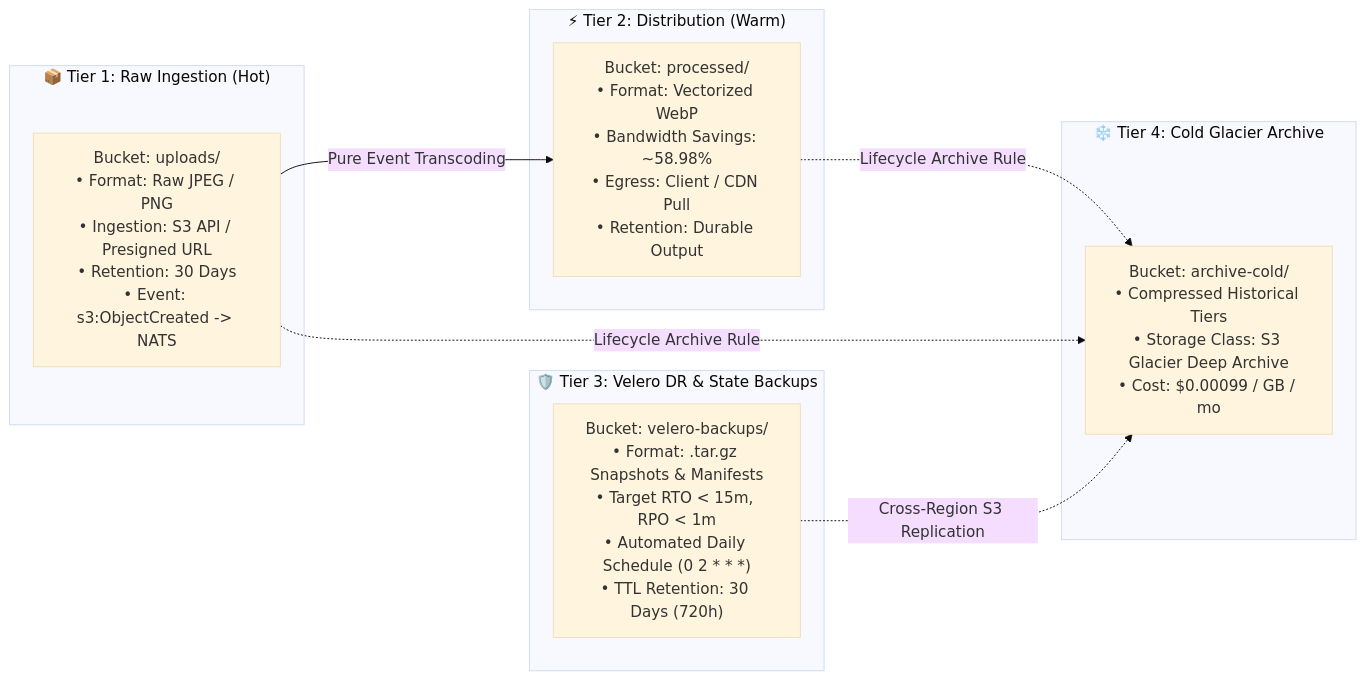
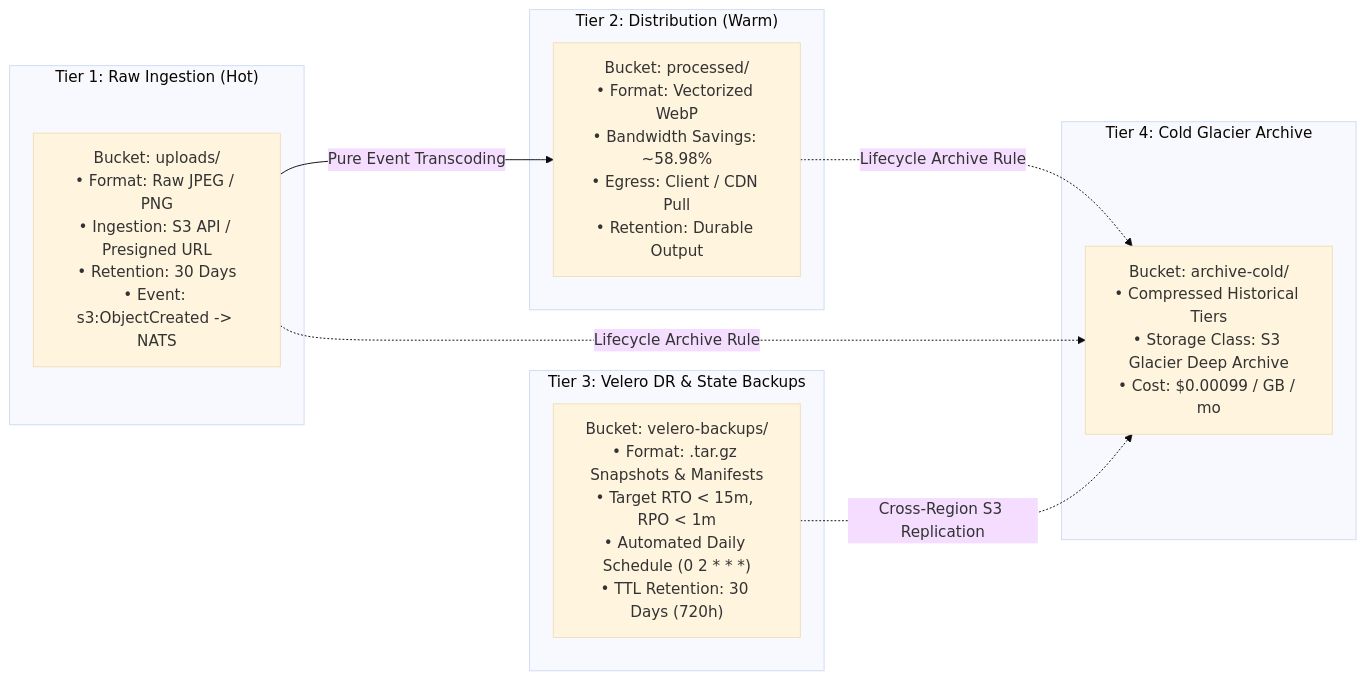
Before and after one commit to qadeeraay/serverless-cost-pipeline: the third of 4 diagrams in README.md, drawn with Mermaid (base theme). The commit also changed other lines of this file and 23 other files, not shown here.

````diff
--- a/README.md
+++ b/README.md
@@ -247,23 +270,23 @@
 ```mermaid
 flowchart LR
-    subgraph Tier1 ["📦 Tier 1: Raw Ingestion (Hot)"]
+    subgraph Tier1 ["Tier 1: Raw Ingestion (Hot)"]
         Uploads["Bucket: uploads/\n• Format: Raw JPEG / PNG\n• Ingestion: S3 API / Presigned URL\n• Retention: 30 Days\n• Event: s3:ObjectCreated -> NATS"]
     end
 
-    subgraph Tier2 ["⚡ Tier 2: Distribution (Warm)"]
+    subgraph Tier2 ["Tier 2: Distribution (Warm)"]
         Processed["Bucket: processed/\n• Format: Vectorized WebP\n• Bandwidth Savings: ~58.98%\n• Egress: Client / CDN Pull\n• Retention: Durable Output"]
     end
 
-    subgraph Tier3 ["🛡️ Tier 3: Velero DR & State Backups"]
+    subgraph Tier3 ["Tier 3: Velero DR & State Backups"]
         VeleroBucket["Bucket: velero-backups/\n• Format: .tar.gz Snapshots & Manifests\n• Target RTO < 15m, RPO < 1m\n• Automated Daily Schedule (0 2 * * *)\n• TTL Retention: 30 Days (720h)"]
     end
 
-    subgraph Tier4 ["❄️ Tier 4: Cold Glacier Archive"]
+    subgraph Tier4 ["Tier 4: Cold Glacier Archive"]
         Archive["Bucket: archive-cold/\n• Compressed Historical Tiers\n• Storage Class: S3 Glacier Deep Archive\n• Cost: $0.00099 / GB / mo"]
     end
 
     Uploads -->|"Pure Event Transcoding"| Processed
     Processed -.->|"Lifecycle Archive Rule"| Archive
     Uploads -.->|"Lifecycle Archive Rule"| Archive
     VeleroBucket -.->|"Cross-Region S3 Replication"| Archive
 ```
````
